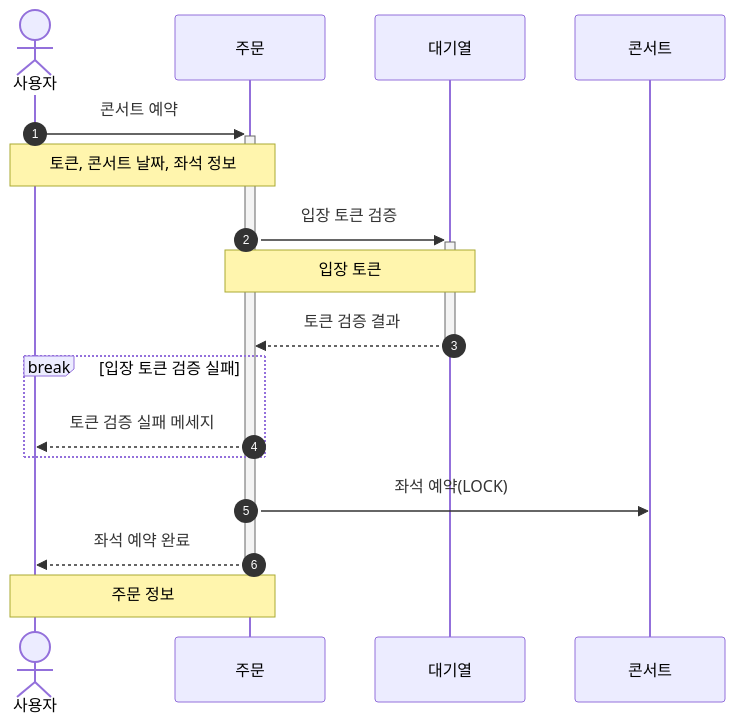
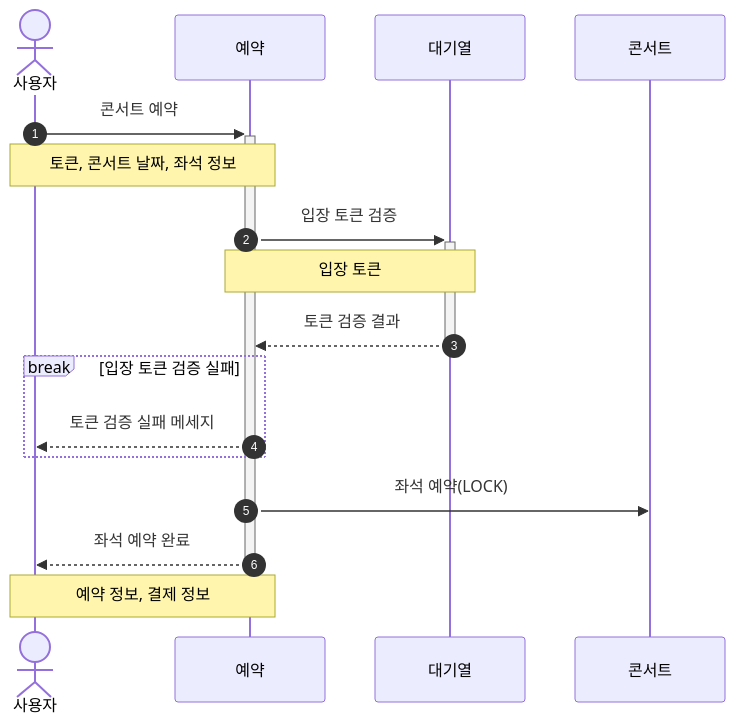
Before and after one commit to YoungWonBackendStudy/HHPlus-Concert-Reservation: the sixth of 14 diagrams in README.md, drawn with Mermaid. The commit also changed other lines of this file, not shown here.

````diff
--- a/README.md
+++ b/README.md
@@ -74,18 +74,18 @@
 ```mermaid
 sequenceDiagram
     autonumber
     actor 사용자
-    사용자 ->>+ 주문: 콘서트 예약
-    Note over 사용자, 주문: 토큰, 콘서트 날짜, 좌석 정보
+    사용자 ->>+ 예약: 콘서트 예약
+    Note over 사용자, 예약: 토큰, 콘서트 날짜, 좌석 정보
 
-    주문 ->>+ 대기열: 입장 토큰 검증
-    Note over 주문, 대기열: 입장 토큰
-    대기열 -->>- 주문: 토큰 검증 결과
+    예약 ->>+ 대기열: 입장 토큰 검증
+    Note over 예약, 대기열: 입장 토큰
+    대기열 -->>- 예약: 토큰 검증 결과
     break 입장 토큰 검증 실패
-        주문 -->> 사용자: 토큰 검증 실패 메세지
+        예약 -->> 사용자: 토큰 검증 실패 메세지
     end
 
-    주문 ->> 콘서트: 좌석 예약(LOCK)
-    주문 -->>- 사용자: 좌석 예약 완료
-    Note over 사용자, 주문: 주문 정보
+    예약 ->> 콘서트: 좌석 예약(LOCK)
+    예약 -->>- 사용자: 좌석 예약 완료
+    Note over 사용자, 예약: 예약 정보, 결제 정보
 ```
````
